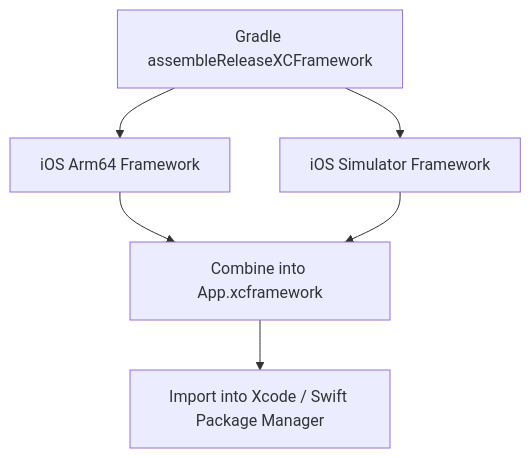
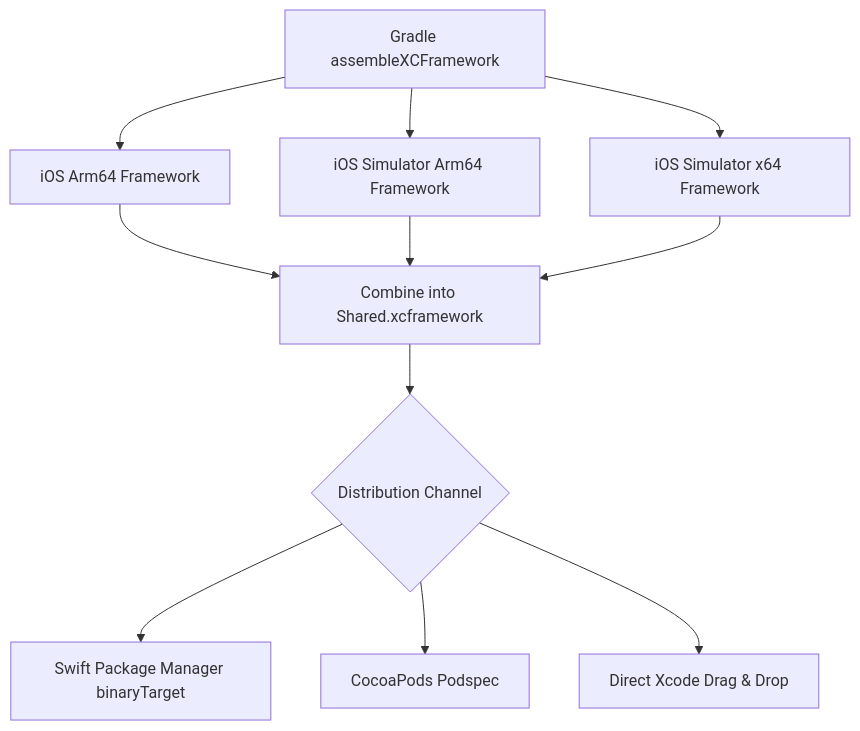
The fourth of 4 diagrams in Android/kmp_cmp.md (Rajamohan006/interview_preparation), drawn with Mermaid before and after one commit. The commit also changed other lines of this file, not shown here.

````diff
--- a/Android/kmp_cmp.md
+++ b/Android/kmp_cmp.md
@@ -504,7 +882,11 @@
 ```mermaid
 graph TD
-    Compile[Gradle assembleReleaseXCFramework] --> Arm64[iOS Arm64 Framework]
-    Compile --> Sim[iOS Simulator Framework]
-    Arm64 & Sim --> Package[Combine into App.xcframework]
-    Package --> Import[Import into Xcode / Swift Package Manager]
+    Compile[Gradle assembleXCFramework] --> Arm64[iOS Arm64 Framework]
+    Compile --> SimArm[iOS Simulator Arm64 Framework]
+    Compile --> SimX64[iOS Simulator x64 Framework]
+    Arm64 & SimArm & SimX64 --> Package[Combine into Shared.xcframework]
+    Package --> Distribution{Distribution Channel}
+    Distribution --> SPM[Swift Package Manager binaryTarget]
+    Distribution --> CocoaPods[CocoaPods Podspec]
+    Distribution --> Direct[Direct Xcode Drag & Drop]
 ```
````
